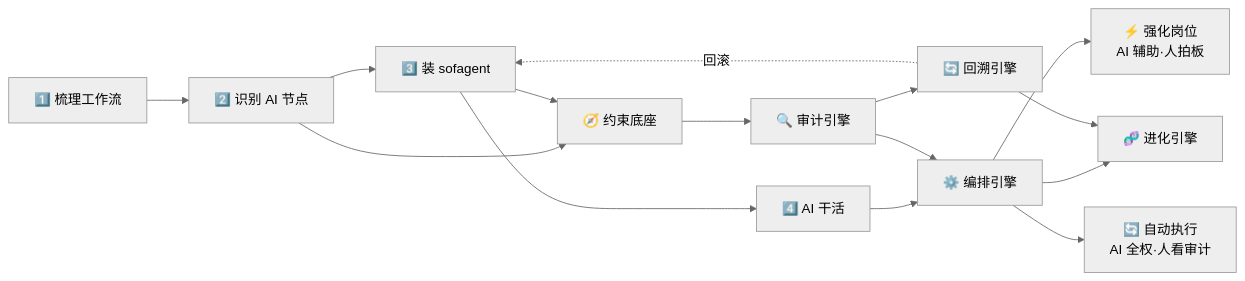
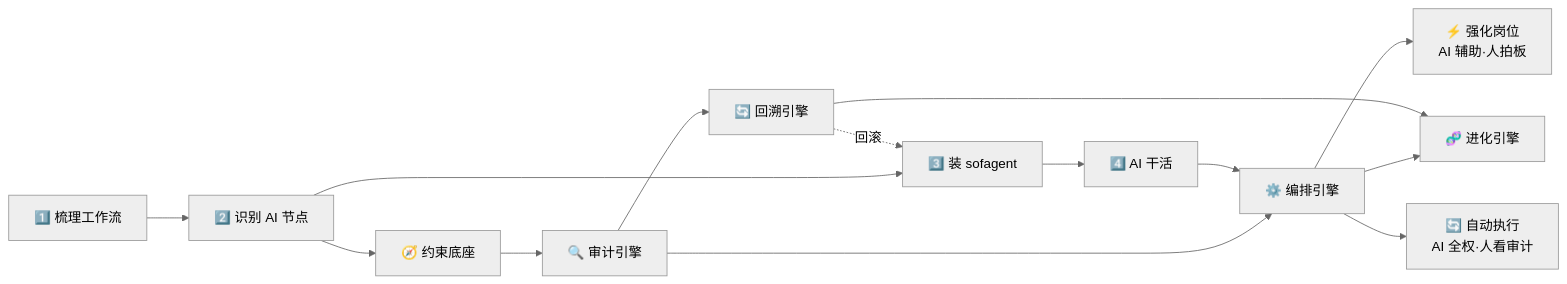
Before and after one commit to KongFangXun/sofagent: the first of 5 diagrams in README.md, drawn with Mermaid (neutral theme). The commit also changed other lines of this file and 1 other file, not shown here.

Commit message:
docs: FDE Mermaid消除线交叉 — 纯向下+向右无交叉布局

````diff
--- a/README.md
+++ b/README.md
@@ -100,14 +100,13 @@
 ```mermaid
 graph LR
-    A["1️⃣ 梳理工作流"] --> B["2️⃣ 识别 AI 节点"]
-    B --> C["3️⃣ 装 sofagent"] --> D["4️⃣ AI 干活"]
+    1["1️⃣ 梳理工作流"] --> 2["2️⃣ 识别 AI 节点"] --> 3["3️⃣ 装 sofagent"] --> 4["4️⃣ AI 干活"]
 
-    B --> E["🧭 约束底座"] --> F["🔍 审计引擎"] --> G["🔄 回溯引擎"]
-    C --> E
-    D --> H["⚙️ 编排引擎"] --> I["🧬 进化引擎"]
-    F --> H
-    G --> I
+    2 --> E["🧭 约束底座"]
+    E --> F["🔍 审计引擎"] --> H["⚙️ 编排引擎"] --> I["🧬 进化引擎"]
+    4 --> H
+
+    F --> G["🔄 回溯引擎"] --> I
     H --> J["⚡ 强化岗位<br/>AI 辅助·人拍板"]
     H --> K["🔄 自动执行<br/>AI 全权·人看审计"]
-    G -.-> |回滚| C
+    G -.-> |回滚| 3
 ```
````
